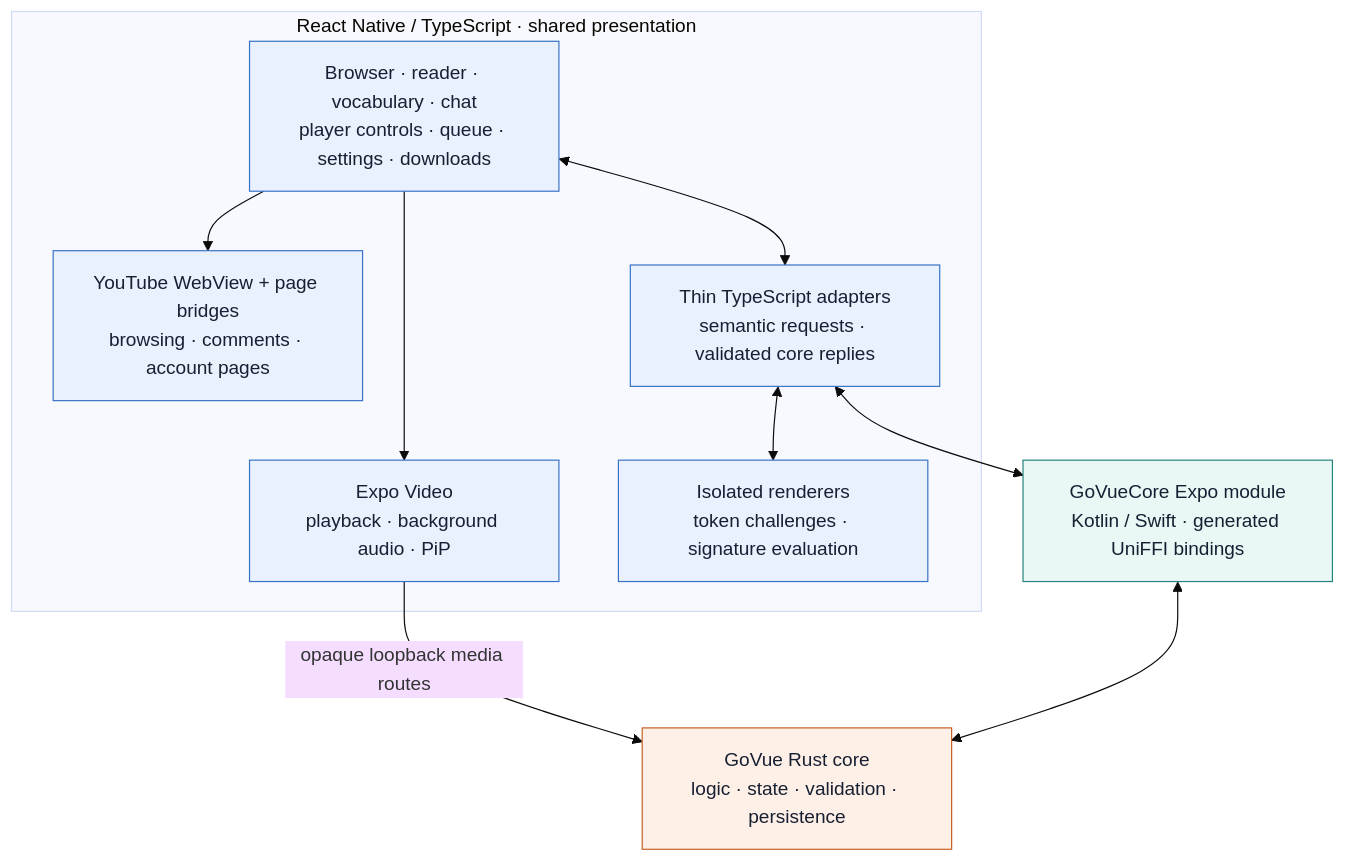
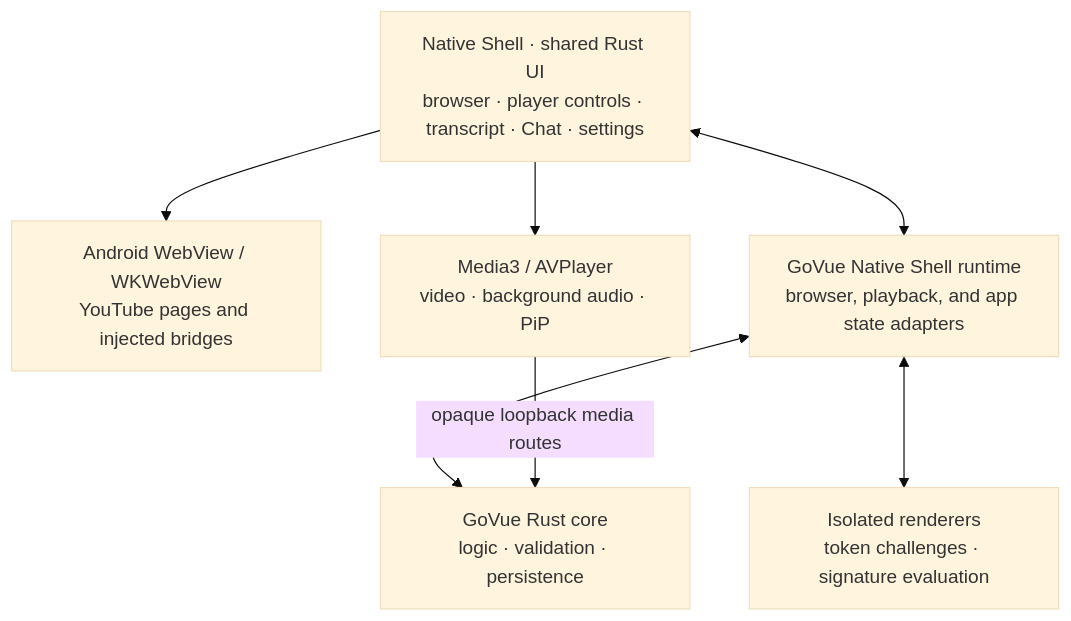
Before and after one commit to kosumic/GoVue: the first of 2 diagrams in README.md, drawn with Mermaid (base theme). The commit also changed other lines of this file and 13 other files, not shown here.

Commit message:
ci: build GoVue releases with Native Shell

````diff
--- a/README.md
+++ b/README.md
@@ -257,25 +255,15 @@
 ```mermaid
 flowchart TB
-  subgraph Frontend["React Native / TypeScript · shared presentation"]
-    Screens["Browser · reader · vocabulary · chat<br/>player controls · queue · settings · downloads"]
-    Browser["YouTube WebView + page bridges<br/>browsing · comments · account pages"]
-    Video["Expo Video<br/>playback · background audio · PiP"]
-    Runtimes["Isolated renderers<br/>token challenges · signature evaluation"]
-    Adapters["Thin TypeScript adapters<br/>semantic requests · validated core replies"]
-    Screens --> Browser
-    Screens --> Video
-    Screens <--> Adapters
-    Adapters <--> Runtimes
-  end
-  Module["GoVueCore Expo module<br/>Kotlin / Swift · generated UniFFI bindings"]
-  Core["GoVue Rust core<br/>logic · state · validation · persistence"]
-  Adapters <--> Module
-  Module <--> Core
-  Video -->|"opaque loopback media routes"| Core
-  classDef react fill:#e9f1ff,stroke:#3772c5,color:#172033
-  classDef native fill:#e9f7f5,stroke:#23847a,color:#172033
-  classDef rust fill:#fff0e7,stroke:#c45f24,color:#172033
-  class Screens,Browser,Video,Runtimes,Adapters react
-  class Module native
-  class Core rust
+  Screens["Native Shell · shared Rust UI<br/>browser · player controls · transcript · Chat · settings"]
+  Browser["Android WebView / WKWebView<br/>YouTube pages and injected bridges"]
+  Player["Media3 / AVPlayer<br/>video · background audio · PiP"]
+  Runtimes["Isolated renderers<br/>token challenges · signature evaluation"]
+  Runtime["GoVue Native Shell runtime<br/>browser, playback, and app state adapters"]
+  Core["GoVue Rust core<br/>logic · validation · persistence"]
+  Screens --> Browser
+  Screens --> Player
+  Screens <--> Runtime
+  Runtime <--> Runtimes
+  Runtime <--> Core
+  Player -->|"opaque loopback media routes"| Core
 ```
````
